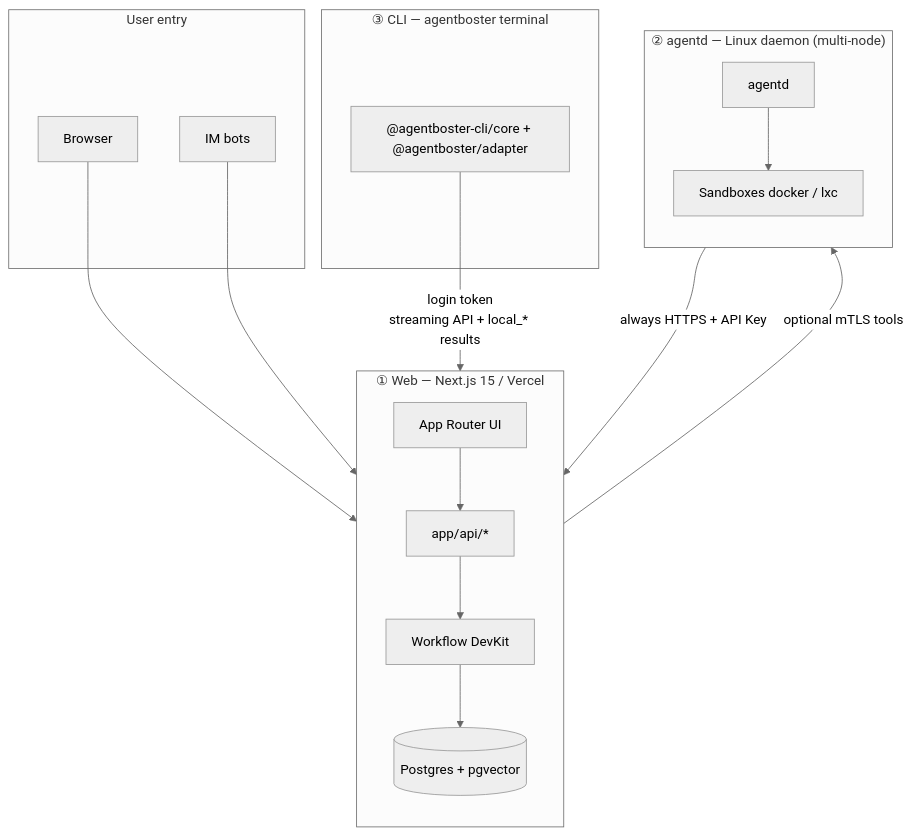
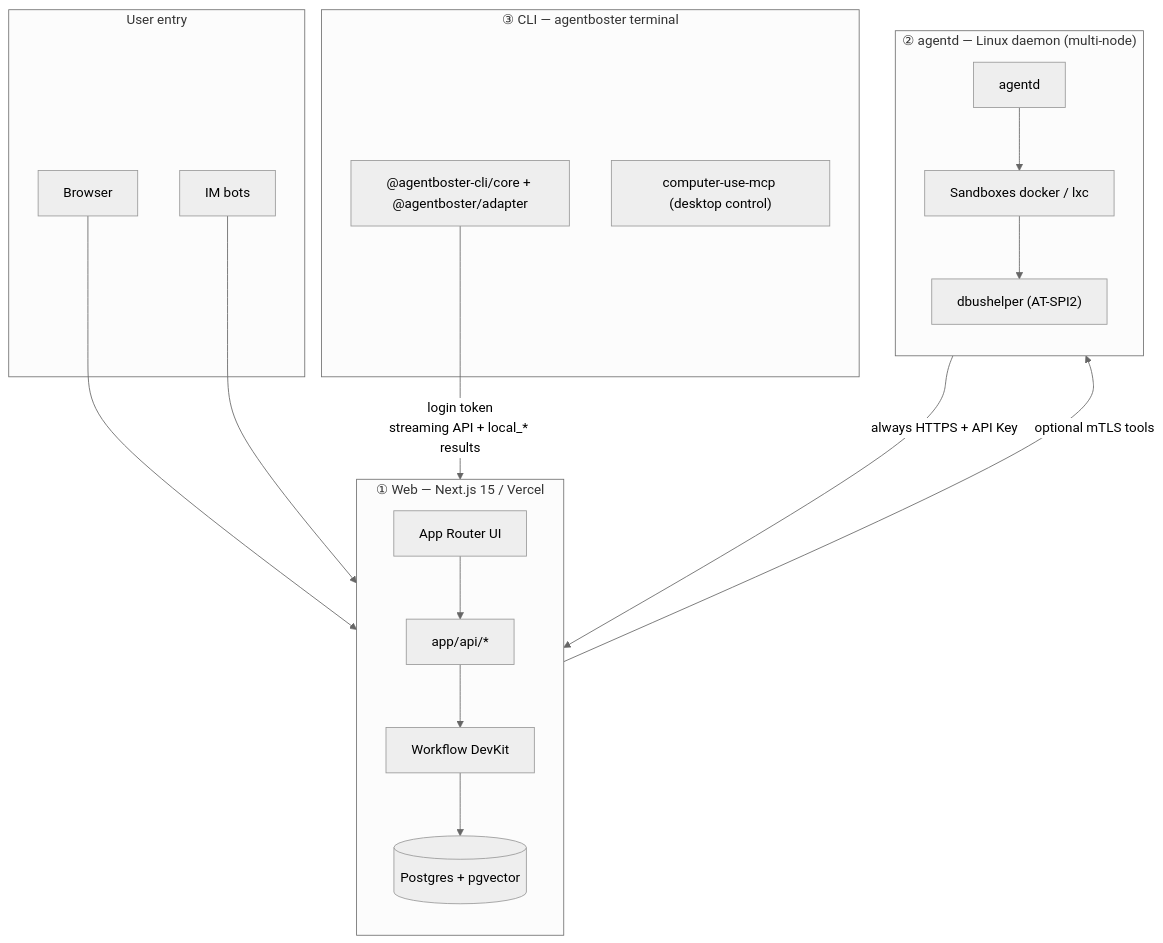
The diagram in README.EN.md (NekoSekaiMoe/agentboster), drawn with Mermaid (neutral theme) before and after one commit. The commit also changed other lines of this file and 1 other file, not shown here.

````diff
--- a/README.EN.md
+++ b/README.EN.md
@@ -36,34 +41,37 @@
 ```mermaid
 flowchart TB
   subgraph tier1["① Web — Next.js 15 / Vercel"]
     direction TB
     UI["App Router UI"]
     API["app/api/*"]
     WF["Workflow DevKit"]
     DB[("Postgres + pgvector")]
     UI --> API --> WF --> DB
   end
 
   subgraph tier2["② agentd — Linux daemon (multi-node)"]
     direction TB
     AD["agentd"]
     SB["Sandboxes docker / lxc"]
+    A11Y["dbushelper (AT-SPI2)"]
     AD --> SB
+    SB --> A11Y
   end
 
   subgraph tier3["③ CLI — agentboster terminal"]
     CLI["@agentboster-cli/core + @agentboster/adapter"]
+    CU["computer-use-mcp (desktop control)"]
   end
 
   subgraph clients["User entry"]
     Browser["Browser"]
     IM["IM bots"]
   end
 
   Browser --> UI
   IM --> API
   CLI -->|"login token\nstreaming API + local_* results"| API
 
   AD -->|"always HTTPS + API Key"| API
   API -->|"optional mTLS tools"| AD
 ```
````
